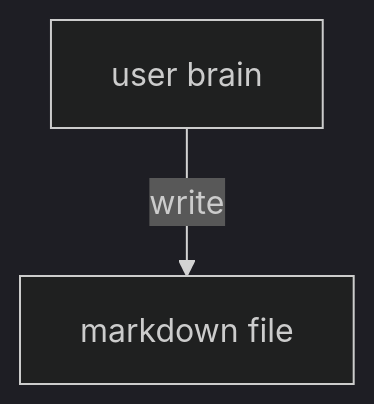
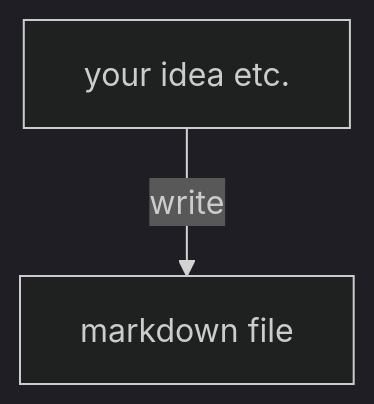
One commit to candywater/md-doc-generator changed the first of 4 diagrams in readme.md. Above: the diagram before and after it, drawn with Mermaid (dark theme). The commit also changed other lines of this file, not shown here.

Commit message:
docs: ✏️ write the idea of this project

````diff
--- a/readme.md
+++ b/readme.md
@@ -30,4 +33,4 @@
 ```mermaid
 graph TD;
-  user[user brain]--write-->md[markdown file];
+  user[your idea etc.]--write-->md[markdown file];
 ```
````
